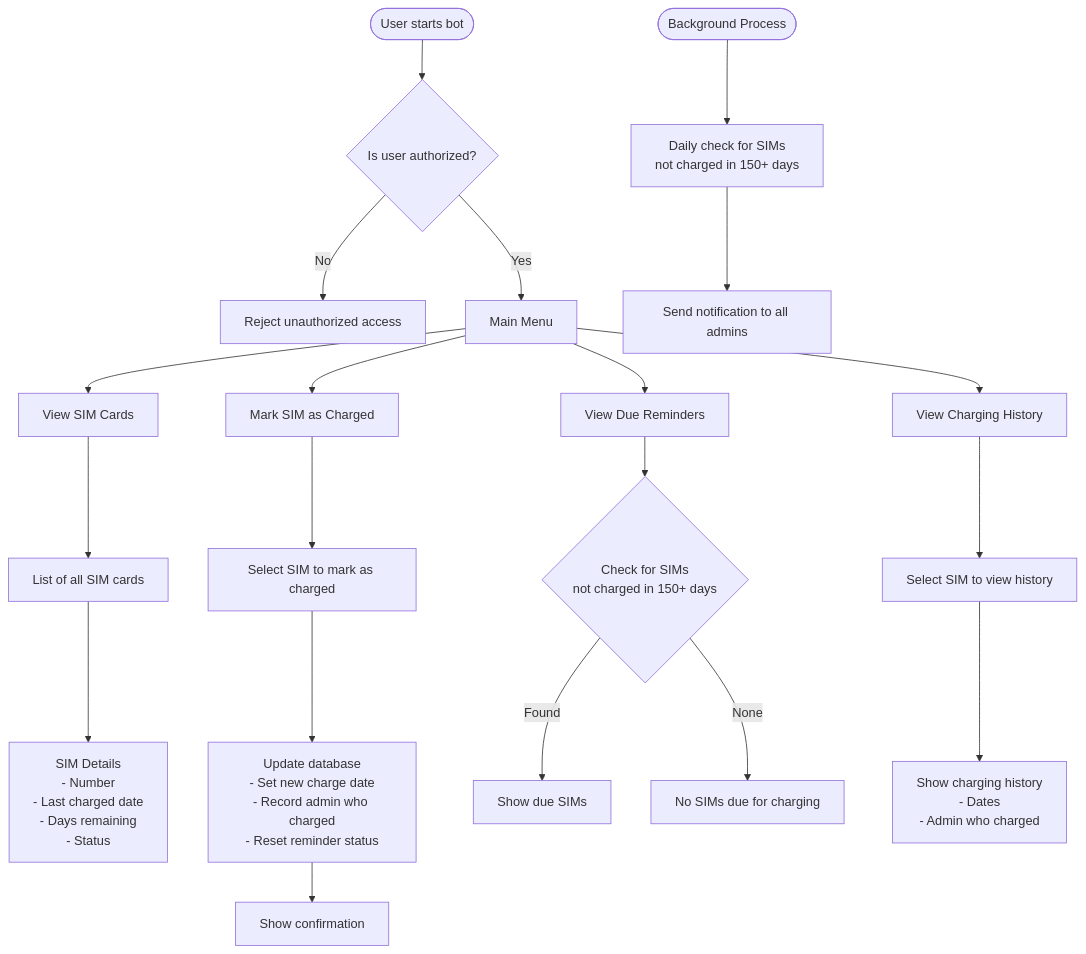
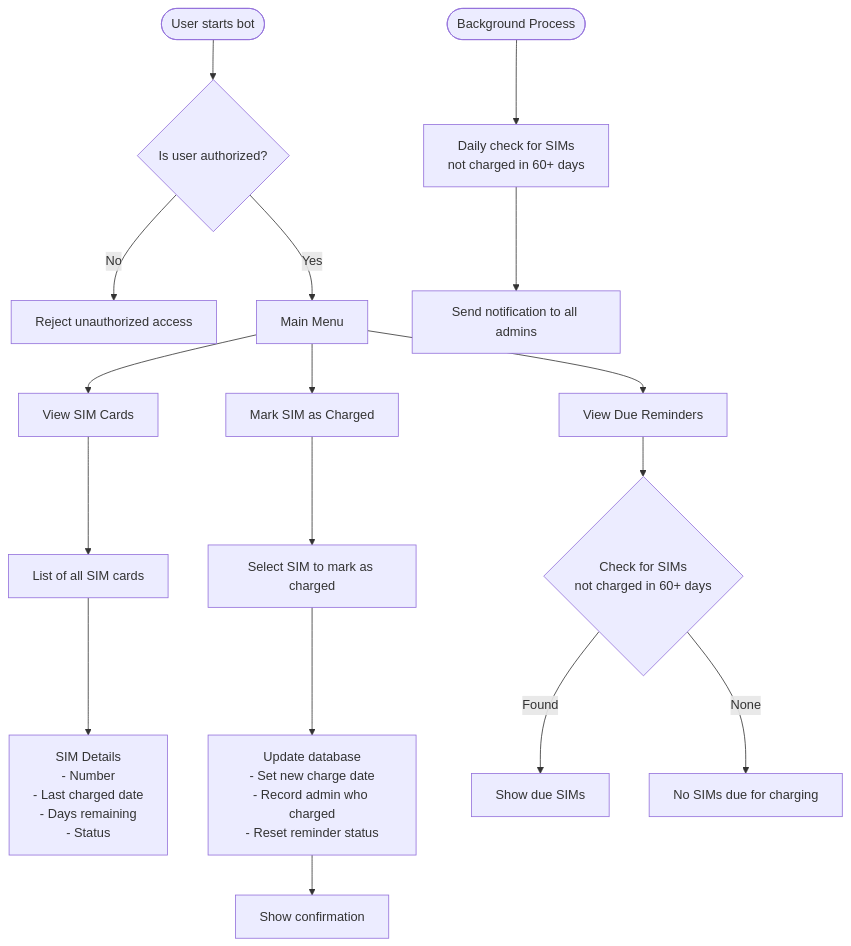
Before and after one commit to Aliorithm/RightelYar: the diagram in flow_diagram.md, drawn with Mermaid. The commit also changed 6 other files, not shown here.

````diff
--- a/flow_diagram.md
+++ b/flow_diagram.md
@@ -1,29 +1,25 @@
 ```mermaid
 flowchart TD
     Start([User starts bot]) --> Auth{Is user authorized?}
     Auth -->|No| Reject[Reject unauthorized access]
     Auth -->|Yes| MainMenu[Main Menu]
-    
+
     MainMenu --> ViewSims[View SIM Cards]
     MainMenu --> MarkCharged[Mark SIM as Charged]
     MainMenu --> ViewReminders[View Due Reminders]
-    MainMenu --> ViewHistory[View Charging History]
-    
+
     ViewSims --> SimList[List of all SIM cards]
     SimList --> SimDetails[SIM Details\n- Number\n- Last charged date\n- Days remaining\n- Status]
-    
+
     MarkCharged --> SelectSim[Select SIM to mark as charged]
     SelectSim --> UpdateDB[Update database\n- Set new charge date\n- Record admin who charged\n- Reset reminder status]
     UpdateDB --> Confirmation[Show confirmation]
-    
-    ViewReminders --> CheckDB{Check for SIMs\nnot charged in 150+ days}
+
+    ViewReminders --> CheckDB{Check for SIMs\nnot charged in 60+ days}
     CheckDB -->|Found| ShowDue[Show due SIMs]
     CheckDB -->|None| NoDue[No SIMs due for charging]
-    
-    ViewHistory --> SelectSimHistory[Select SIM to view history]
-    SelectSimHistory --> ShowHistory[Show charging history\n- Dates\n- Admin who charged]
-    
+
     %% Background processes
-    BG([Background Process]) --> DailyCheck[Daily check for SIMs\nnot charged in 150+ days]
+    BG([Background Process]) --> DailyCheck[Daily check for SIMs\nnot charged in 60+ days]
     DailyCheck --> NotifyAdmins[Send notification to all admins]
 ```
````
